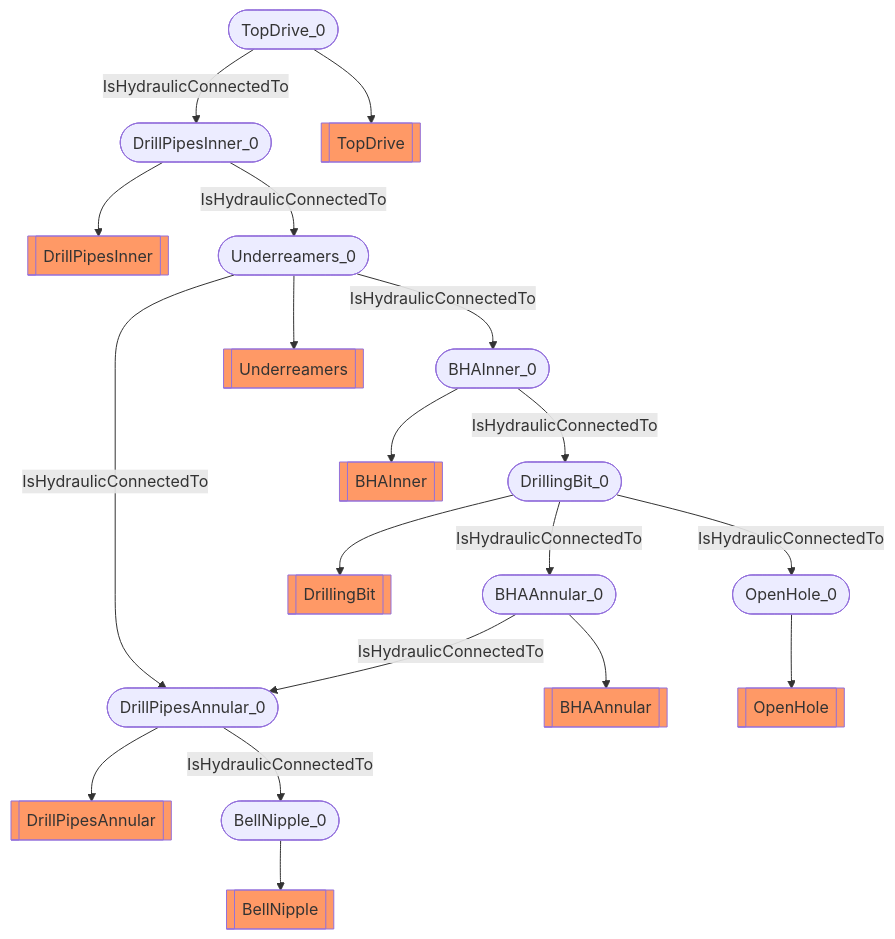
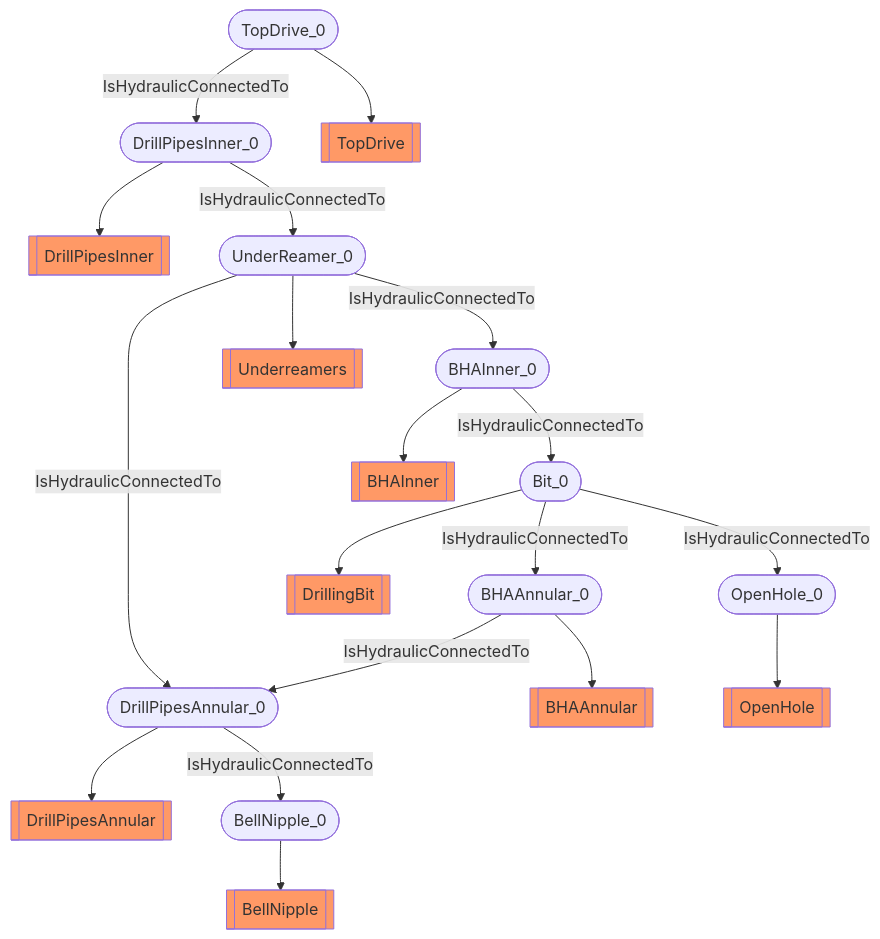
One commit to D-WIS/DDHub-Semantic-Interoperability changed the diagram in docs/vocabulary_development/auto-generated/md/examples/Sub surface hydraulic.md. Above: the diagram before and after it, drawn with Mermaid. The commit also changed other lines of this file and 36 other files, not shown here.

````diff
--- a/docs/vocabulary_development/auto-generated/md/examples/Sub surface hydraulic.md
+++ b/docs/vocabulary_development/auto-generated/md/examples/Sub surface hydraulic.md
@@ -20,23 +20,23 @@
 ```mermaid
 flowchart TD
 	 classDef typeClass fill:#f96;
 	 classDef classClass fill:#9dd0ff;
 	DrillPipesAnnular_0([DrillPipesAnnular_0]) --> DrillPipesAnnular[[DrillPipesAnnular]]:::typeClass
 	BellNipple_0([BellNipple_0]) --> BellNipple[[BellNipple]]:::typeClass
 	BHAAnnular_0([BHAAnnular_0]) --> BHAAnnular[[BHAAnnular]]:::typeClass
-	DrillingBit_0([DrillingBit_0]) --> DrillingBit[[DrillingBit]]:::typeClass
+	Bit_0([Bit_0]) --> DrillingBit[[DrillingBit]]:::typeClass
 	OpenHole_0([OpenHole_0]) --> OpenHole[[OpenHole]]:::typeClass
 	BHAInner_0([BHAInner_0]) --> BHAInner[[BHAInner]]:::typeClass
 	DrillPipesInner_0([DrillPipesInner_0]) --> DrillPipesInner[[DrillPipesInner]]:::typeClass
-	Underreamers_0([Underreamers_0]) --> Underreamers[[Underreamers]]:::typeClass
+	UnderReamer_0([UnderReamer_0]) --> Underreamers[[Underreamers]]:::typeClass
 	TopDrive_0([TopDrive_0]) --> TopDrive[[TopDrive]]:::typeClass
 	 DrillPipesAnnular_0 -- IsHydraulicConnectedTo --> BellNipple_0 
 	 BHAAnnular_0 -- IsHydraulicConnectedTo --> DrillPipesAnnular_0 
-	 DrillingBit_0 -- IsHydraulicConnectedTo --> BHAAnnular_0 
-	 DrillingBit_0 -- IsHydraulicConnectedTo --> OpenHole_0 
-	 BHAInner_0 -- IsHydraulicConnectedTo --> DrillingBit_0 
-	 DrillPipesInner_0 -- IsHydraulicConnectedTo --> Underreamers_0 
+	 Bit_0 -- IsHydraulicConnectedTo --> BHAAnnular_0 
+	 Bit_0 -- IsHydraulicConnectedTo --> OpenHole_0 
+	 BHAInner_0 -- IsHydraulicConnectedTo --> Bit_0 
+	 DrillPipesInner_0 -- IsHydraulicConnectedTo --> UnderReamer_0 
 	 TopDrive_0 -- IsHydraulicConnectedTo --> DrillPipesInner_0 
-	 Underreamers_0 -- IsHydraulicConnectedTo --> DrillPipesAnnular_0 
-	 Underreamers_0 -- IsHydraulicConnectedTo --> BHAInner_0 
+	 UnderReamer_0 -- IsHydraulicConnectedTo --> DrillPipesAnnular_0 
+	 UnderReamer_0 -- IsHydraulicConnectedTo --> BHAInner_0 
 ```
````
